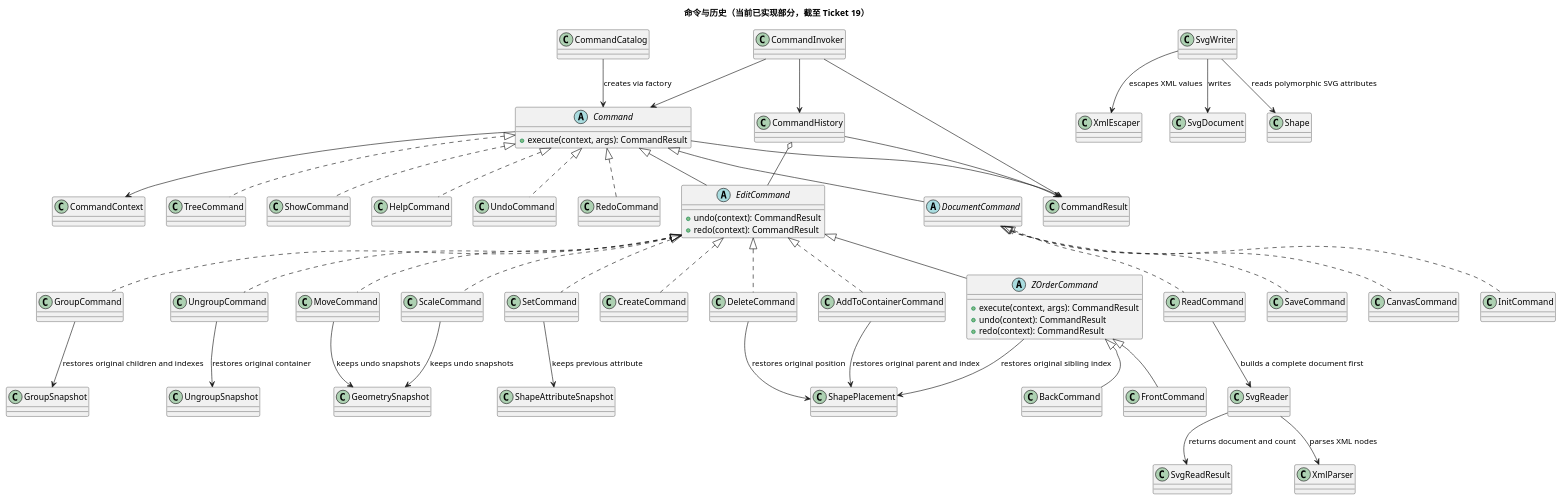
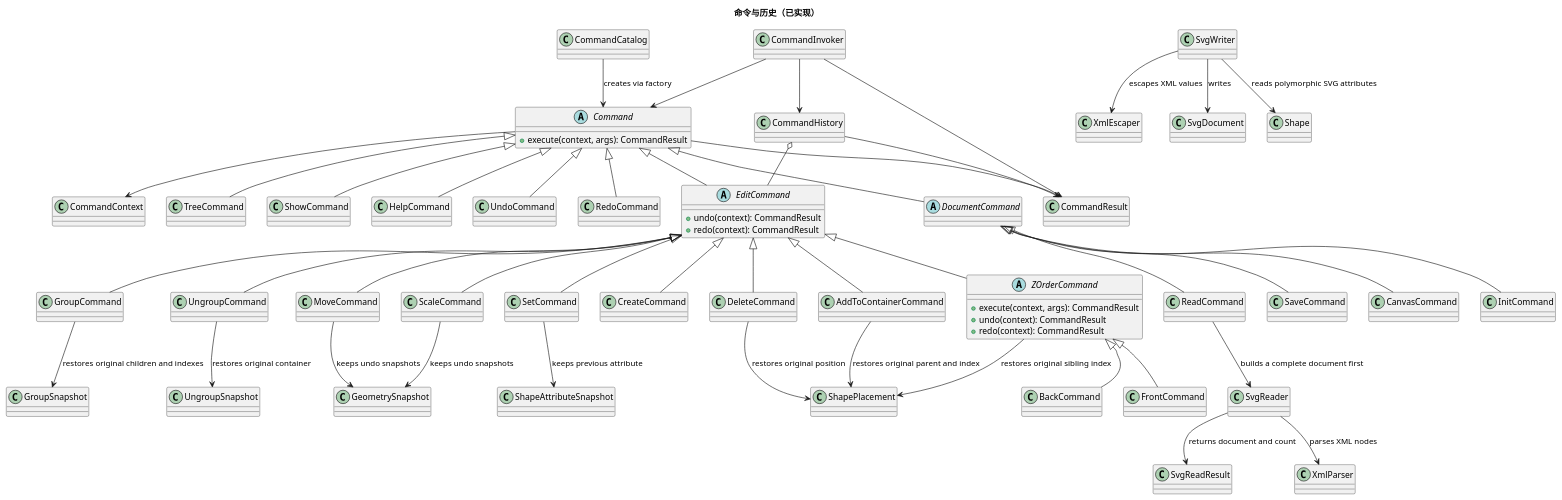
Before and after one commit to NQC233/svg-editor-lab1: the second of 2 diagrams in doc/class-model.puml, drawn with PlantUML. The commit also changed other lines of this file and 23 other files, not shown here.

```diff
--- a/doc/class-model.puml
+++ b/doc/class-model.puml
@@ -192,99 +194,101 @@
-@startuml
-title 命令与历史（当前已实现部分，截至 Ticket 19）
+@startuml command-history
+skinparam defaultFontName "PingFang SC"
+skinparam backgroundColor white
+title 命令与历史（已实现）
 
 abstract class Command {
   +execute(context, args): CommandResult
 }
 
 abstract class DocumentCommand
 
 abstract class EditCommand {
   +undo(context): CommandResult
   +redo(context): CommandResult
 }
 
 class CommandResult
 class CommandCatalog
 class CommandInvoker
 class CommandHistory
 class CommandContext
 class ShapePlacement
 class UngroupSnapshot
 class GroupSnapshot
 
 class CreateCommand
 class DeleteCommand
 class GroupCommand
 class UngroupCommand
 class AddToContainerCommand
 abstract class ZOrderCommand {
   +execute(context, args): CommandResult
   +undo(context): CommandResult
   +redo(context): CommandResult
 }
 class FrontCommand
 class BackCommand
 class MoveCommand
 class ScaleCommand
 class SetCommand
 class CanvasCommand
 class InitCommand
 class ReadCommand
 class SaveCommand
 class TreeCommand
 class ShowCommand
 class HelpCommand
 class UndoCommand
 class RedoCommand
 class SvgWriter
 class SvgReader
 class SvgReadResult
 class XmlParser
 class XmlEscaper
 
 Command <|-- EditCommand
 Command <|-- DocumentCommand
-EditCommand <|.. CreateCommand
-EditCommand <|.. DeleteCommand
-EditCommand <|.. GroupCommand
-EditCommand <|.. UngroupCommand
-EditCommand <|.. AddToContainerCommand
+EditCommand <|-- CreateCommand
+EditCommand <|-- DeleteCommand
+EditCommand <|-- GroupCommand
+EditCommand <|-- UngroupCommand
+EditCommand <|-- AddToContainerCommand
 EditCommand <|-- ZOrderCommand
 ZOrderCommand <|-- FrontCommand
 ZOrderCommand <|-- BackCommand
-EditCommand <|.. MoveCommand
-EditCommand <|.. ScaleCommand
-EditCommand <|.. SetCommand
-DocumentCommand <|.. CanvasCommand
-DocumentCommand <|.. InitCommand
-DocumentCommand <|.. ReadCommand
-DocumentCommand <|.. SaveCommand
-Command <|.. TreeCommand
-Command <|.. ShowCommand
-Command <|.. HelpCommand
-Command <|.. UndoCommand
-Command <|.. RedoCommand
+EditCommand <|-- MoveCommand
+EditCommand <|-- ScaleCommand
+EditCommand <|-- SetCommand
+DocumentCommand <|-- CanvasCommand
+DocumentCommand <|-- InitCommand
+DocumentCommand <|-- ReadCommand
+DocumentCommand <|-- SaveCommand
+Command <|-- TreeCommand
+Command <|-- ShowCommand
+Command <|-- HelpCommand
+Command <|-- UndoCommand
+Command <|-- RedoCommand
 SvgWriter --> SvgDocument : writes
 SvgWriter --> Shape : reads polymorphic SVG attributes
 SvgWriter --> XmlEscaper : escapes XML values
 ReadCommand --> SvgReader : builds a complete document first
 SvgReader --> SvgReadResult : returns document and count
 SvgReader --> XmlParser : parses XML nodes
 
 CommandInvoker --> CommandHistory
 CommandInvoker --> Command
 CommandInvoker --> CommandResult
 CommandCatalog --> Command : creates via factory
 CommandHistory o-- EditCommand
 CommandHistory --> CommandResult
 Command --> CommandContext
 Command --> CommandResult
 DeleteCommand --> ShapePlacement : restores original position
 UngroupCommand --> UngroupSnapshot : restores original container
 GroupCommand --> GroupSnapshot : restores original children and indexes
 AddToContainerCommand --> ShapePlacement : restores original parent and index
 ZOrderCommand --> ShapePlacement : restores original sibling index
 MoveCommand --> GeometrySnapshot : keeps undo snapshots
 ScaleCommand --> GeometrySnapshot : keeps undo snapshots
 SetCommand --> ShapeAttributeSnapshot : keeps previous attribute
 @enduml
```
